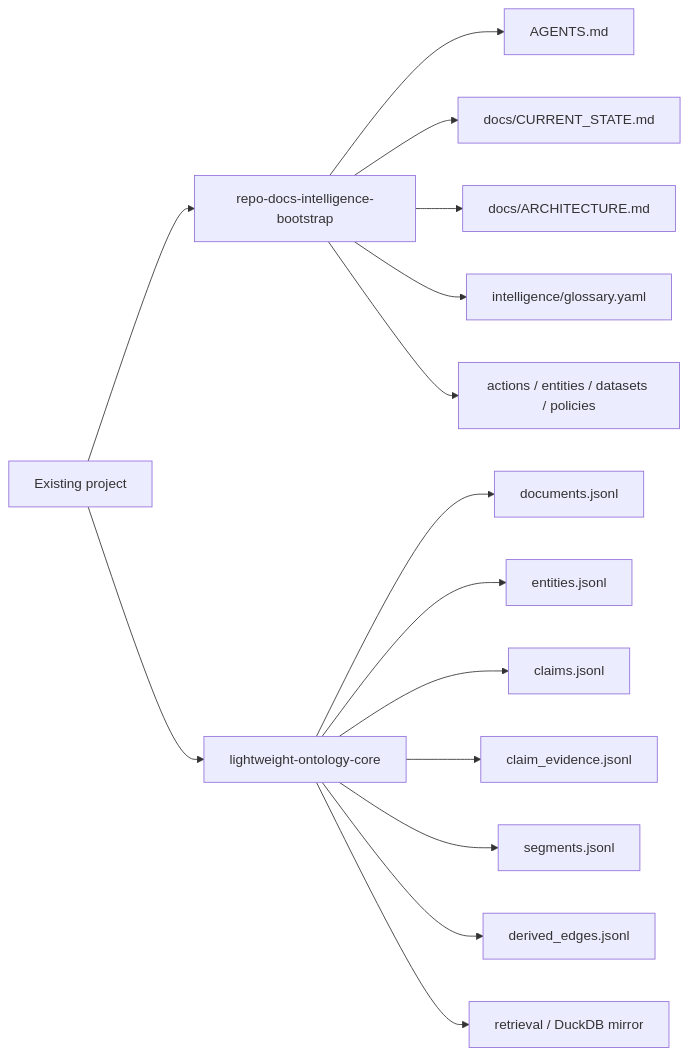
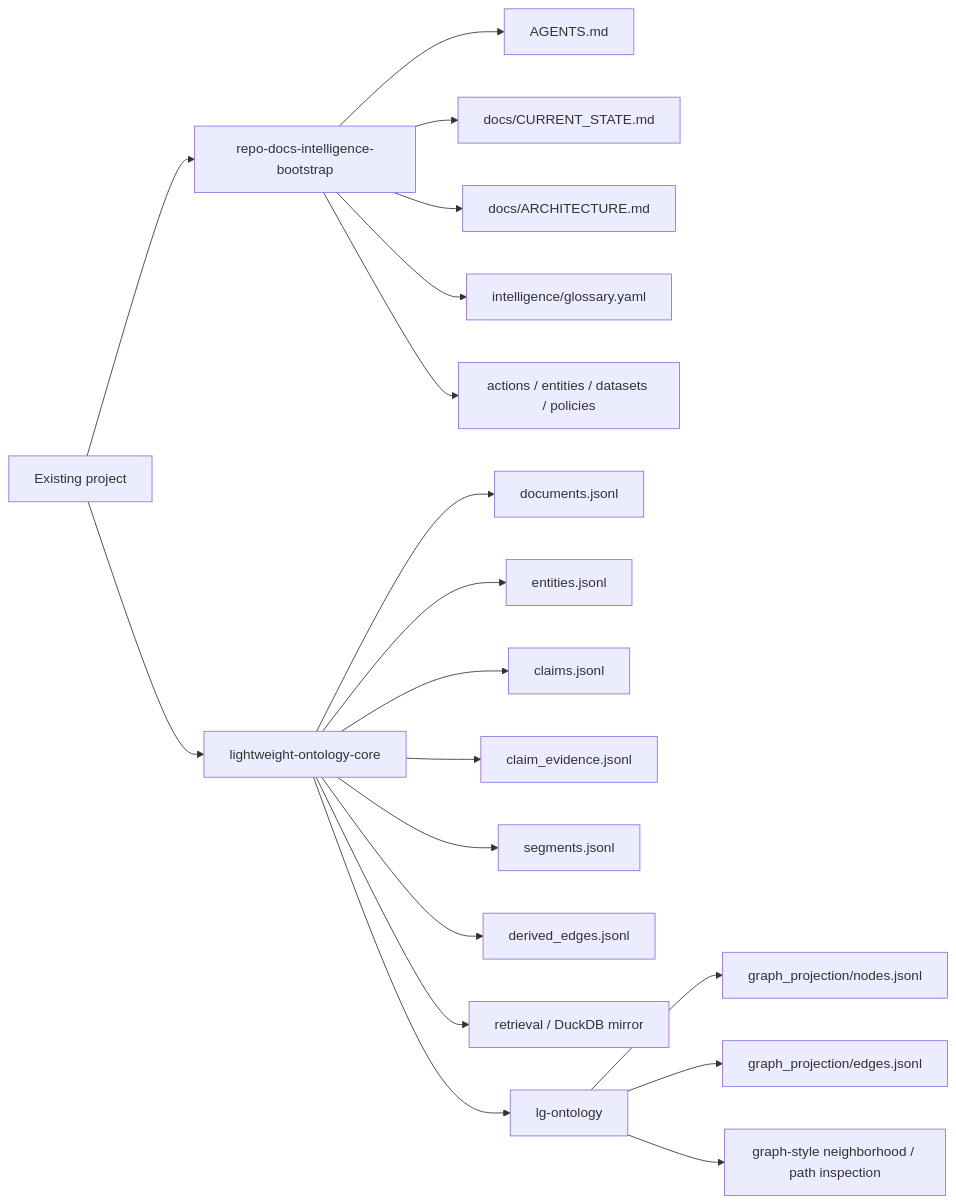
The eighth of 14 diagrams in README.md (tteggu87/repo-docs-ontology-skills), drawn with Mermaid before and after one commit. The commit also changed other lines of this file, not shown here.

Commit message:
Patch README drift and Mermaid flows

````diff
--- a/README.md
+++ b/README.md
@@ -676,18 +695,23 @@
 ```mermaid
 flowchart LR
     A["Existing project"] --> B["repo-docs-intelligence-bootstrap"]
     B --> C["AGENTS.md"]
     B --> D["docs/CURRENT_STATE.md"]
     B --> E["docs/ARCHITECTURE.md"]
     B --> F["intelligence/glossary.yaml"]
     B --> G["actions / entities / datasets / policies"]
 
     A --> H["lightweight-ontology-core"]
     H --> I["documents.jsonl"]
     H --> J["entities.jsonl"]
     H --> K["claims.jsonl"]
     H --> L["claim_evidence.jsonl"]
     H --> M["segments.jsonl"]
     H --> N["derived_edges.jsonl"]
     H --> O["retrieval / DuckDB mirror"]
+
+    H --> P["lg-ontology"]
+    P --> Q["graph_projection/nodes.jsonl"]
+    P --> R["graph_projection/edges.jsonl"]
+    P --> S["graph-style neighborhood / path inspection"]
 ```
````
